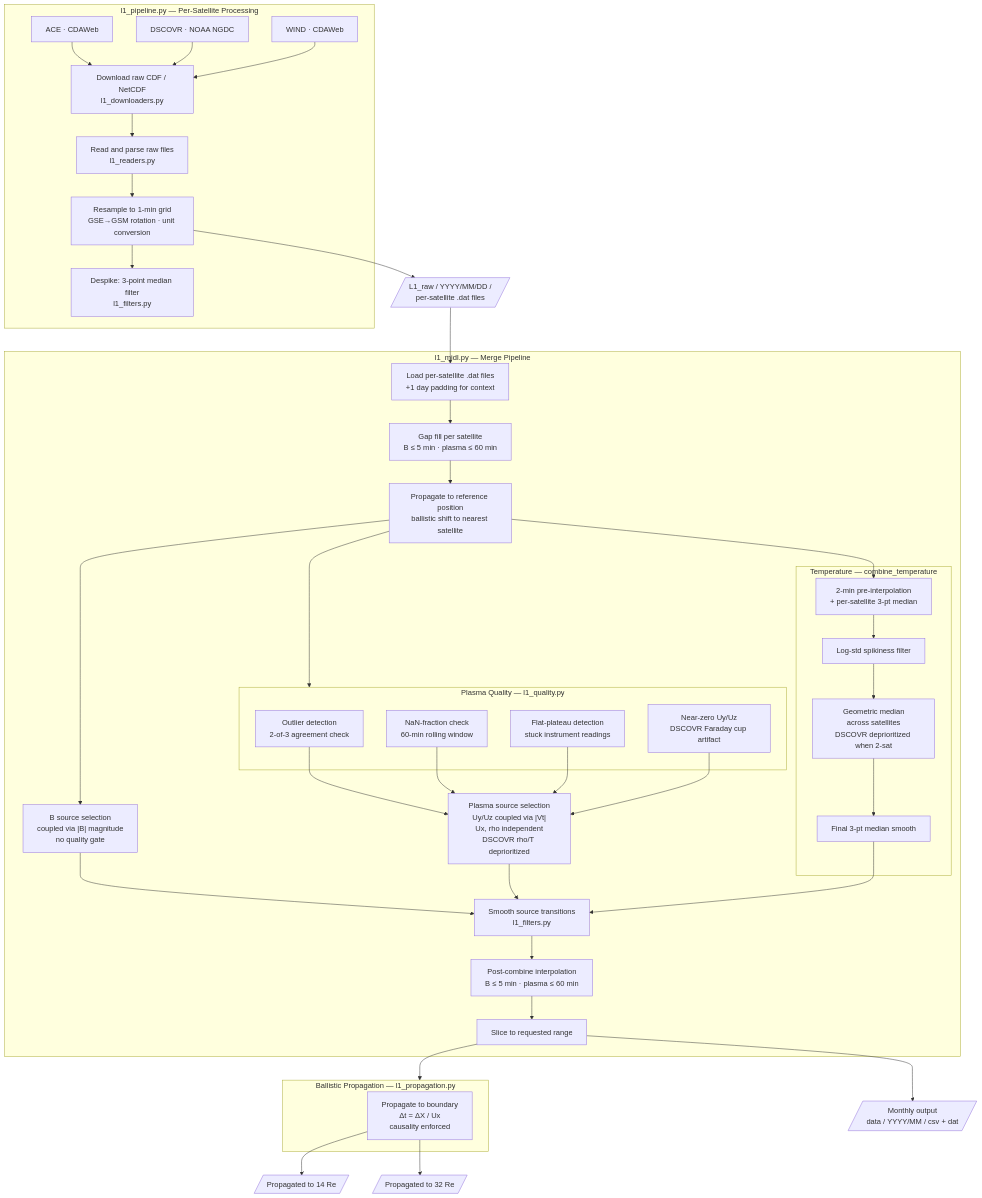
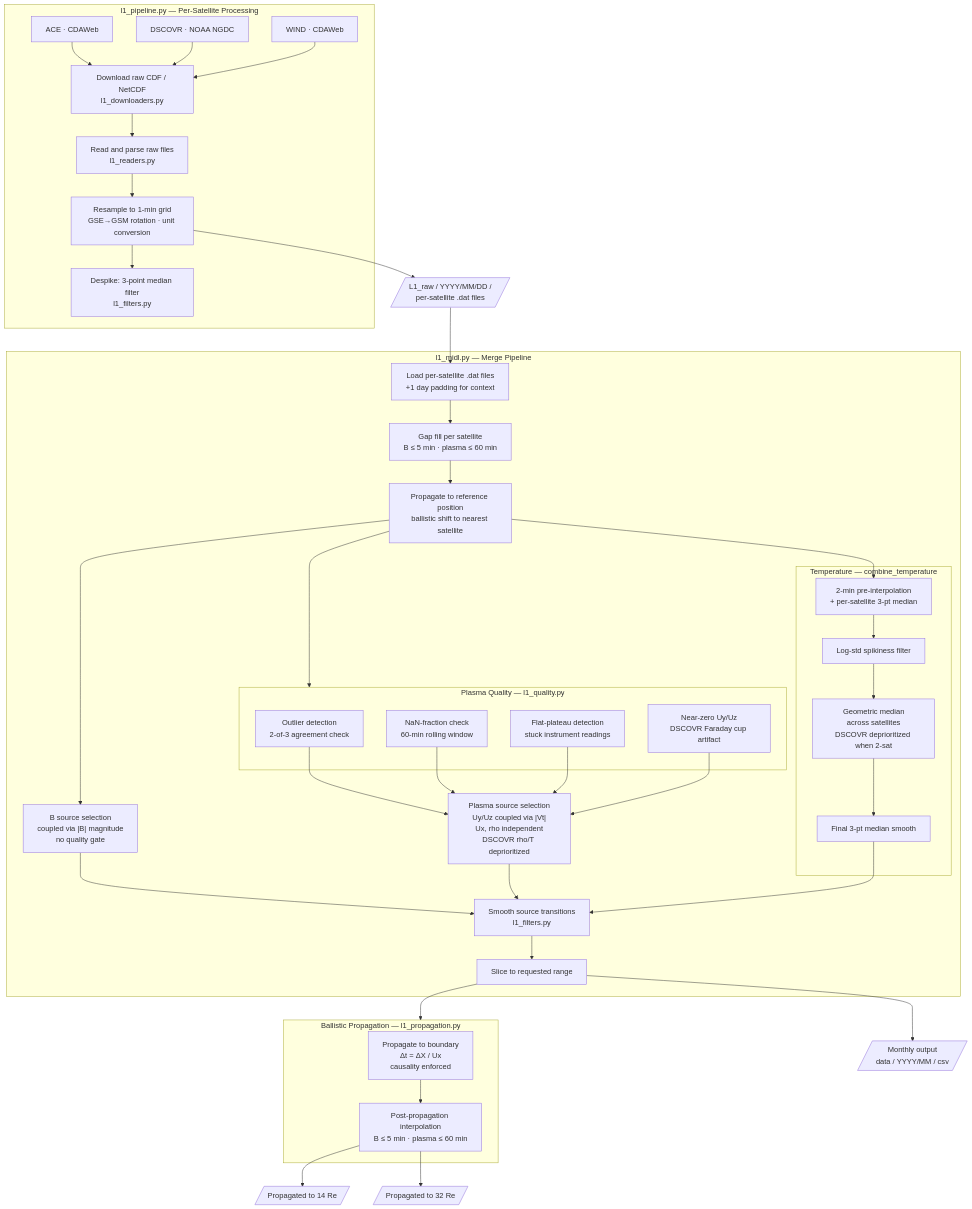
The diagram in README.md (connordimarco/meldpy), drawn with Mermaid before and after one commit. The commit also changed other lines of this file and 2 other files, not shown here.

Commit message:
Change interpolation methodology

````diff
--- a/README.md
+++ b/README.md
@@ -9,72 +9,72 @@
 ```mermaid
 flowchart TD
     subgraph PIPE["l1_pipeline.py — Per-Satellite Processing"]
         ACE["ACE · CDAWeb"]
         DSC["DSCOVR · NOAA NGDC"]
         WND["WIND · CDAWeb"]
         DL["Download raw CDF / NetCDF\nl1_downloaders.py"]
         RD["Read and parse raw files\nl1_readers.py"]
         RS["Resample to 1-min grid\nGSE→GSM rotation · unit conversion"]
         DS1["Despike: 3-point median filter\nl1_filters.py"]
         ACE & DSC & WND --> DL --> RD --> RS --> DS1
     end
 
     L1R[/"L1_raw / YYYY/MM/DD /\nper-satellite .dat files"/]
 
     RS  --> L1R
 
     subgraph COMB["l1_midl.py — Merge Pipeline"]
         LD["Load per-satellite .dat files\n+1 day padding for context"]
         GF["Gap fill per satellite\nB ≤ 5 min · plasma ≤ 60 min"]
         PR["Propagate to reference position\nballistic shift to nearest satellite"]
 
         subgraph QC["Plasma Quality — l1_quality.py"]
             Q1["Outlier detection\n2-of-3 agreement check"]
             Q3["NaN-fraction check\n60-min rolling window"]
             Q4["Flat-plateau detection\nstuck instrument readings"]
             Q5["Near-zero Uy/Uz\nDSCOVR Faraday cup artifact"]
         end
 
         BSS["B source selection\ncoupled via |B| magnitude\nno quality gate"]
         PSS["Plasma source selection\nUy/Uz coupled via |Vt|\nUx, rho independent\nDSCOVR rho/T deprioritized"]
 
         subgraph TC["Temperature — combine_temperature"]
             T1["2-min pre-interpolation\n+ per-satellite 3-pt median"]
             T2["Log-std spikiness filter"]
             T3["Geometric median\nacross satellites\nDSCOVR deprioritized when 2-sat"]
             T4["Final 3-pt median smooth"]
             T1 --> T2 --> T3 --> T4
         end
 
         ST["Smooth source transitions\nl1_filters.py"]
-        IP["Post-combine interpolation\nB ≤ 5 min · plasma ≤ 60 min"]
         SL["Slice to requested range"]
 
         LD  --> GF
         GF  --> PR
         PR  --> QC
         PR  --> BSS
         PR  --> T1
         Q1 & Q3 & Q4 & Q5 --> PSS
         BSS --> ST
         PSS --> ST
         T4  --> ST
-        ST  --> IP
-        IP  --> SL
+        ST  --> SL
     end
 
-    OUT[/"Monthly output\ndata / YYYY/MM / csv + dat"/]
+    OUT[/"Monthly output\ndata / YYYY/MM / csv"/]
 
     subgraph PROP["Ballistic Propagation — l1_propagation.py"]
         BP["Propagate to boundary\nΔt = ΔX / Ux\ncausality enforced"]
+        IP["Post-propagation interpolation\nB ≤ 5 min · plasma ≤ 60 min"]
+        BP --> IP
     end
 
     IMF14[/"Propagated to 14 Re"/]
     IMF32[/"Propagated to 32 Re"/]
 
     L1R --> LD
     SL  --> OUT
     SL  --> PROP
-    BP  --> IMF14
-    BP  --> IMF32
+    IP  --> IMF14
+    IP  --> IMF32
 ```
````
